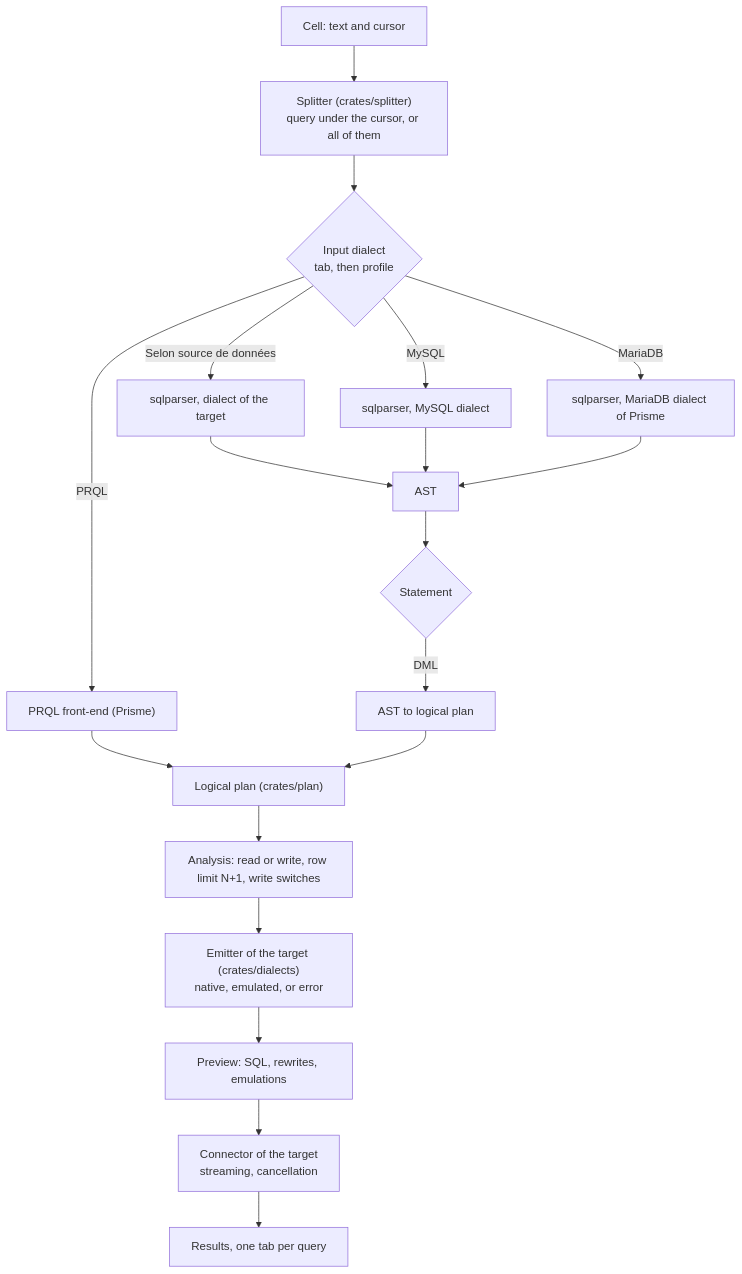
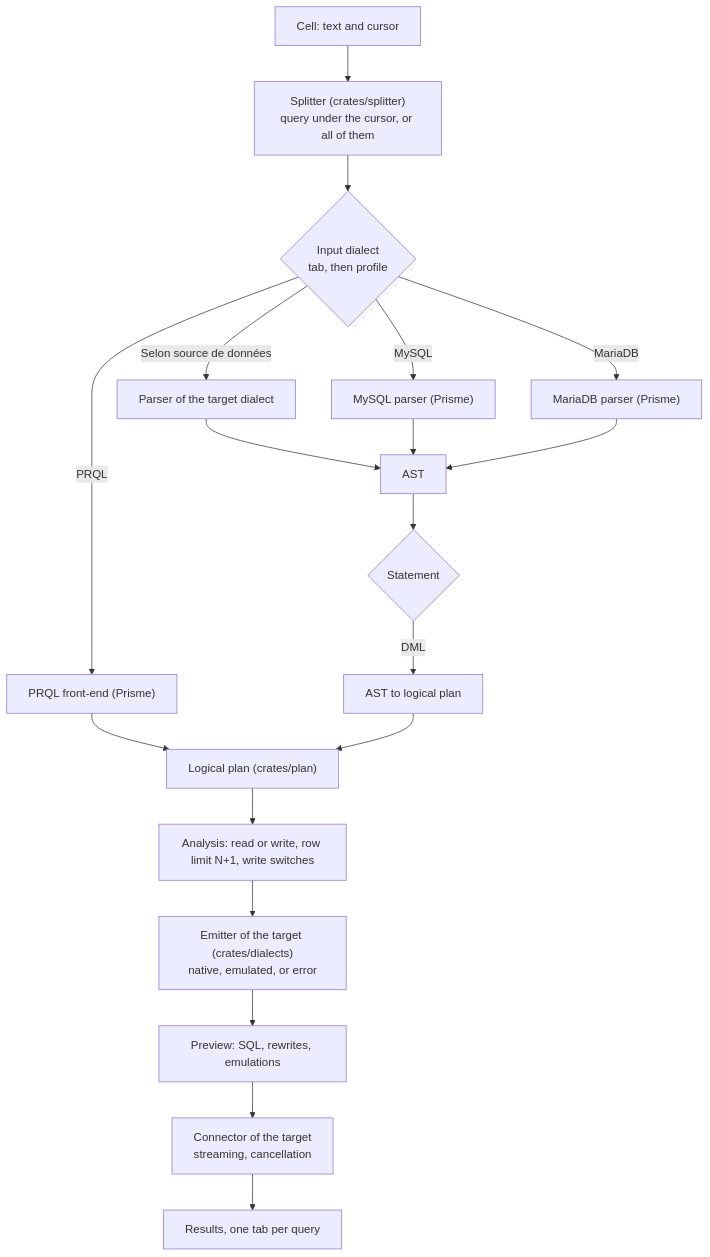
The diagram in docs/V1.md (sfaut/prisme), drawn with Mermaid before and after one commit. The commit also changed other lines of this file, not shown here.

Commit message:
Document the parsers of Prisme in the v1 plan

````diff
--- a/docs/V1.md
+++ b/docs/V1.md
@@ -161,21 +161,21 @@
 ```mermaid
 flowchart TD
     A["Cell: text and cursor"] --> B["Splitter (crates/splitter)<br/>query under the cursor, or all of them"]
     B --> C{"Input dialect<br/>tab, then profile"}
-    C -->|"Selon source de données"| D["sqlparser, dialect of the target"]
-    C -->|"MySQL"| E["sqlparser, MySQL dialect"]
-    C -->|"MariaDB"| F["sqlparser, MariaDB dialect of Prisme"]
+    C -->|"Selon source de données"| D["Parser of the target dialect"]
+    C -->|"MySQL"| E["MySQL parser (Prisme)"]
+    C -->|"MariaDB"| F["MariaDB parser (Prisme)"]
     C -->|"PRQL"| G["PRQL front-end (Prisme)"]
     D --> H["AST"]
     E --> H
     F --> H
     H --> I{"Statement"}
     I -->|"DML"| K["AST to logical plan"]
     G --> L["Logical plan (crates/plan)"]
     K --> L
     L --> M["Analysis: read or write, row limit N+1, write switches"]
     M --> P["Emitter of the target (crates/dialects)<br/>native, emulated, or error"]
     P --> Q["Preview: SQL, rewrites, emulations"]
     Q --> R["Connector of the target<br/>streaming, cancellation"]
     R --> S["Results, one tab per query"]
 ```
````
